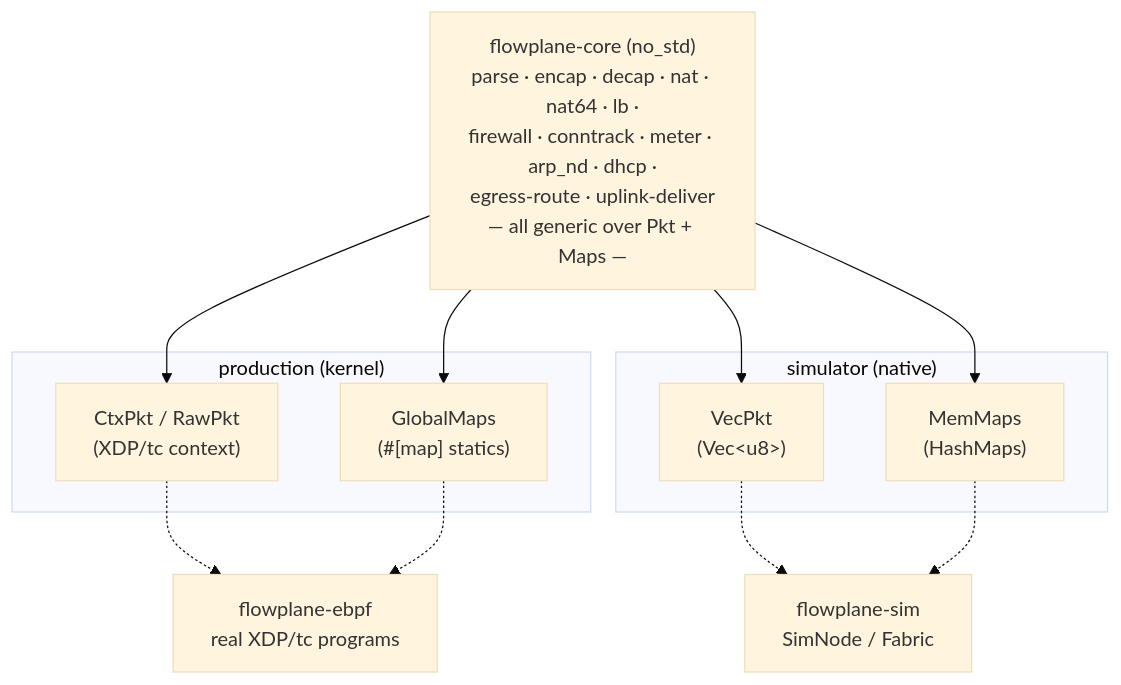
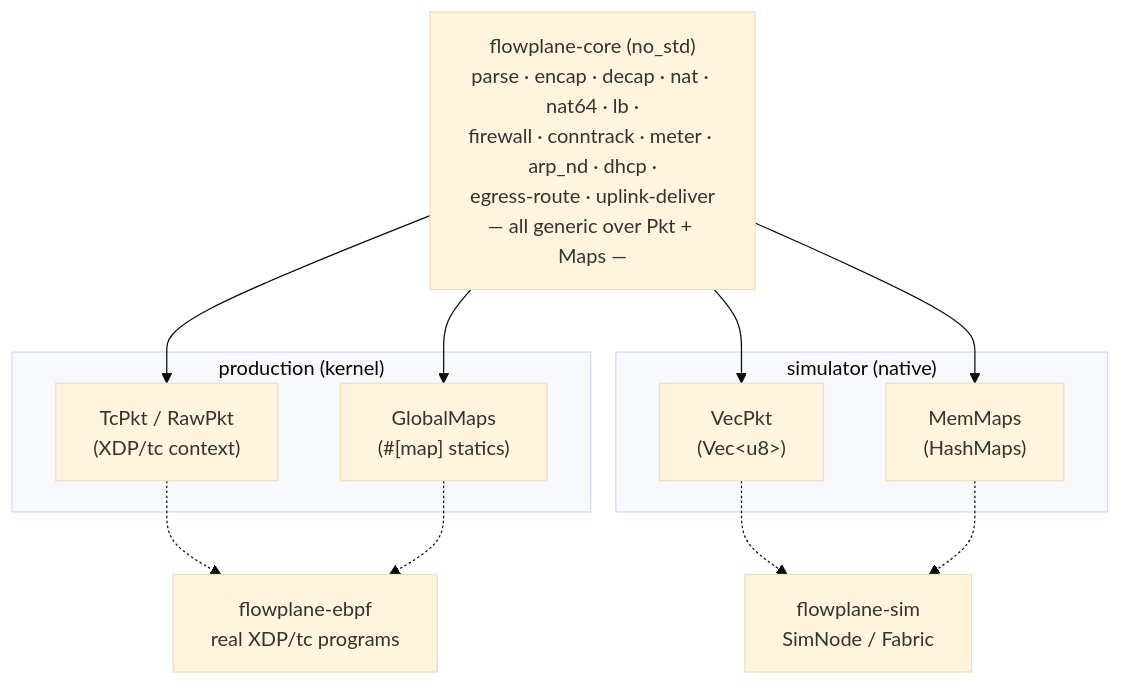
The diagram in docs/architecture/dataplane/pure-core.md (trevex/ectobase), drawn with Mermaid (base theme) before and after one commit. The commit also changed other lines of this file and 40 other files, not shown here.

````diff
--- a/docs/architecture/dataplane/pure-core.md
+++ b/docs/architecture/dataplane/pure-core.md
@@ -12,20 +11,20 @@
 ```mermaid
 flowchart TD
     core["flowplane-core (no_std)<br/>parse · encap · decap · nat · nat64 · lb ·<br/>firewall · conntrack · meter · arp_nd · dhcp ·<br/>egress-route · uplink-deliver<br/>— all generic over Pkt + Maps —"]
 
     subgraph prod["production (kernel)"]
-        ctxpkt["CtxPkt / RawPkt<br/>(XDP/tc context)"]
+        ctxpkt["TcPkt / RawPkt<br/>(XDP/tc context)"]
         gmaps["GlobalMaps<br/>(#[map] statics)"]
     end
     subgraph sim["simulator (native)"]
         vecpkt["VecPkt<br/>(Vec&lt;u8&gt;)"]
         memmaps["MemMaps<br/>(HashMaps)"]
     end
 
     core --> ctxpkt
     core --> gmaps
     core --> vecpkt
     core --> memmaps
     ctxpkt & gmaps -.-> ebpf["flowplane-ebpf<br/>real XDP/tc programs"]
     vecpkt & memmaps -.-> simnode["flowplane-sim<br/>SimNode / Fabric"]
 ```
````
